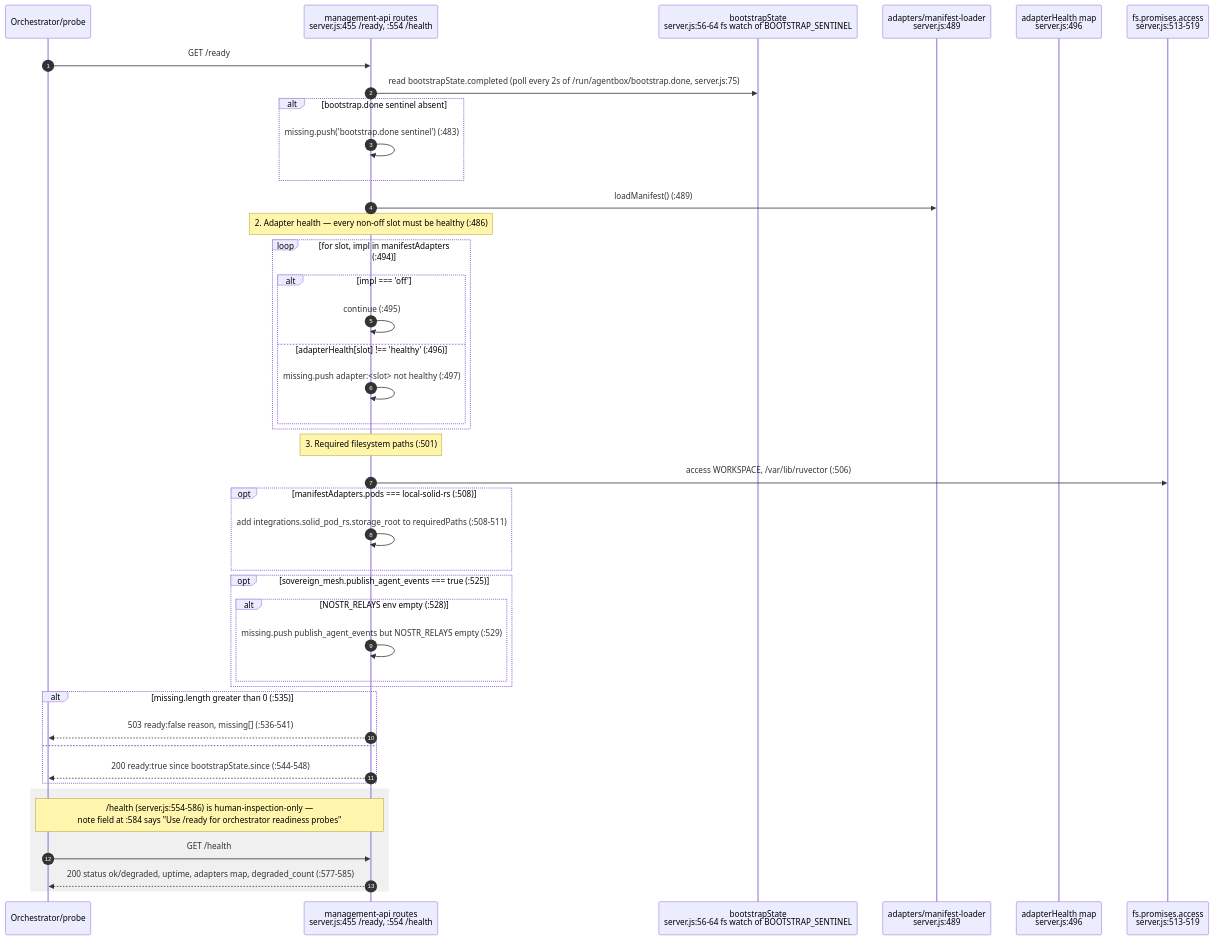
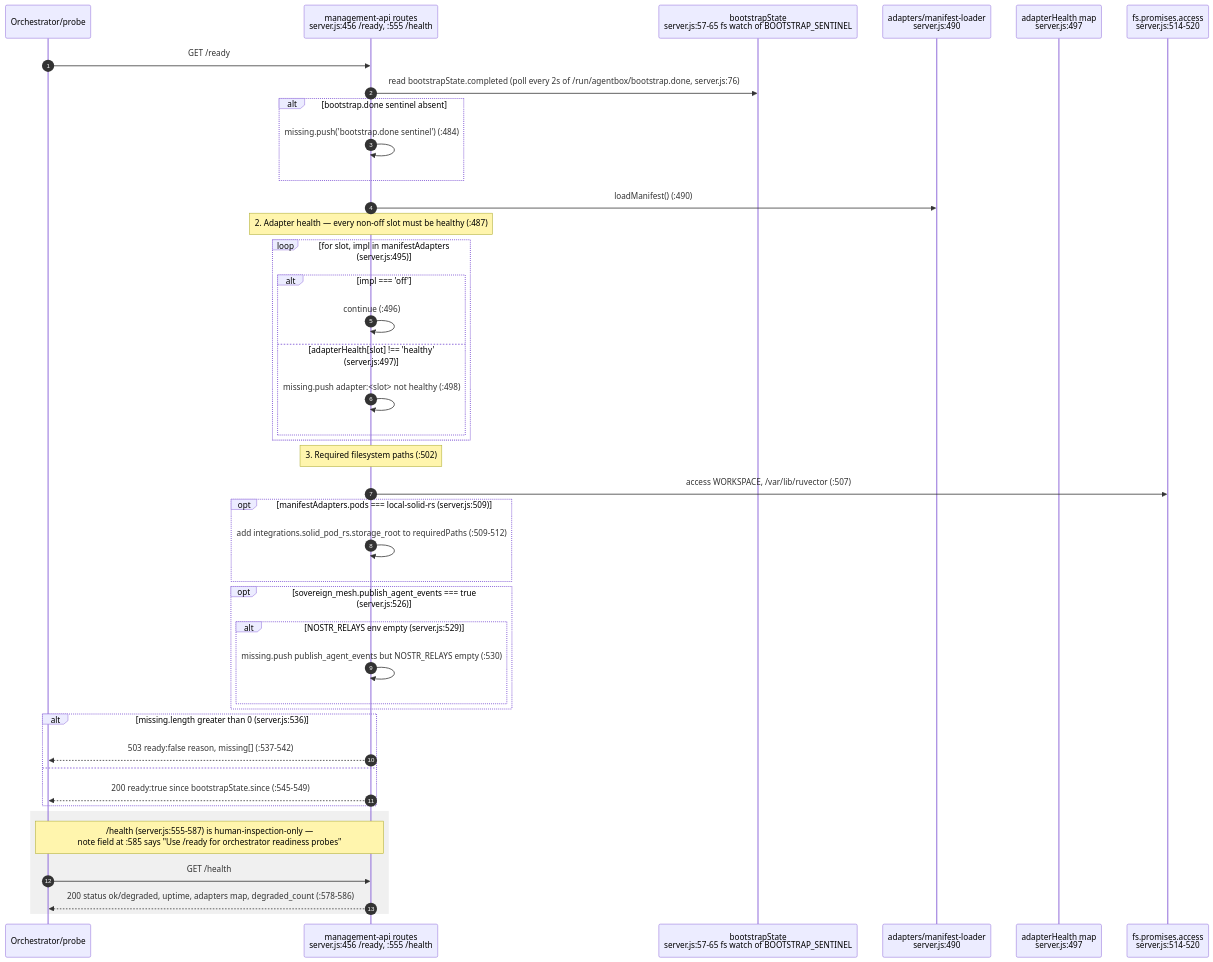
One commit to DreamLab-AI/VisionFlow changed the eighth of 20 diagrams in docs/diagrams/agentbox/02-boot-sequence-and-readiness.md. Above: the diagram before and after it, drawn with Mermaid. The commit also changed other lines of this file and 31 other files, not shown here.

````diff
--- a/docs/diagrams/agentbox/02-boot-sequence-and-readiness.md
+++ b/docs/diagrams/agentbox/02-boot-sequence-and-readiness.md
@@ -309,46 +308,46 @@
 ```mermaid
 sequenceDiagram
     autonumber
     participant O as Orchestrator/probe
-    participant R as management-api routes<br/>server.js:455 /ready, :554 /health
-    participant BS as bootstrapState<br/>server.js:56-64 fs watch of BOOTSTRAP_SENTINEL
-    participant ML as adapters/manifest-loader<br/>server.js:489
-    participant AH as adapterHealth map<br/>server.js:496
-    participant FS as fs.promises.access<br/>server.js:513-519
+    participant R as management-api routes<br/>server.js:456 /ready, :555 /health
+    participant BS as bootstrapState<br/>server.js:57-65 fs watch of BOOTSTRAP_SENTINEL
+    participant ML as adapters/manifest-loader<br/>server.js:490
+    participant AH as adapterHealth map<br/>server.js:497
+    participant FS as fs.promises.access<br/>server.js:514-520
 
     O->>R: GET /ready
-    R->>BS: read bootstrapState.completed (poll every 2s of /run/agentbox/bootstrap.done, server.js:75)
+    R->>BS: read bootstrapState.completed (poll every 2s of /run/agentbox/bootstrap.done, server.js:76)
     alt bootstrap.done sentinel absent
-        R->>R: missing.push('bootstrap.done sentinel') (:483)
+        R->>R: missing.push('bootstrap.done sentinel') (:484)
     end
-    R->>ML: loadManifest() (:489)
-    Note over R: 2. Adapter health — every non-off slot must be healthy (:486)
-    loop for slot, impl in manifestAdapters (:494)
+    R->>ML: loadManifest() (:490)
+    Note over R: 2. Adapter health — every non-off slot must be healthy (:487)
+    loop for slot, impl in manifestAdapters (server.js:495)
         alt impl === 'off'
-            R->>R: continue (:495)
-        else adapterHealth[slot] !== 'healthy' (:496)
-            R->>R: missing.push adapter:<slot> not healthy (:497)
+            R->>R: continue (:496)
+        else adapterHealth[slot] !== 'healthy' (server.js:497)
+            R->>R: missing.push adapter:<slot> not healthy (:498)
         end
     end
-    Note over R: 3. Required filesystem paths (:501)
-    R->>FS: access WORKSPACE, /var/lib/ruvector (:506)
-    opt manifestAdapters.pods === local-solid-rs (:508)
-        R->>R: add integrations.solid_pod_rs.storage_root to requiredPaths (:508-511)
+    Note over R: 3. Required filesystem paths (:502)
+    R->>FS: access WORKSPACE, /var/lib/ruvector (:507)
+    opt manifestAdapters.pods === local-solid-rs (server.js:509)
+        R->>R: add integrations.solid_pod_rs.storage_root to requiredPaths (:509-512)
     end
-    opt sovereign_mesh.publish_agent_events === true (:525)
-        alt NOSTR_RELAYS env empty (:528)
-            R->>R: missing.push publish_agent_events but NOSTR_RELAYS empty (:529)
+    opt sovereign_mesh.publish_agent_events === true (server.js:526)
+        alt NOSTR_RELAYS env empty (server.js:529)
+            R->>R: missing.push publish_agent_events but NOSTR_RELAYS empty (:530)
         end
     end
-    alt missing.length greater than 0 (:535)
-        R-->>O: 503 ready:false reason, missing[] (:536-541)
+    alt missing.length greater than 0 (server.js:536)
+        R-->>O: 503 ready:false reason, missing[] (:537-542)
     else
-        R-->>O: 200 ready:true since bootstrapState.since (:544-548)
+        R-->>O: 200 ready:true since bootstrapState.since (:545-549)
     end
 
     rect rgb(240,240,240)
-    Note over O,R: /health (server.js:554-586) is human-inspection-only —<br/>note field at :584 says "Use /ready for orchestrator readiness probes"
+    Note over O,R: /health (server.js:555-587) is human-inspection-only —<br/>note field at :585 says "Use /ready for orchestrator readiness probes"
     O->>R: GET /health
-    R-->>O: 200 status ok/degraded, uptime, adapters map, degraded_count (:577-585)
+    R-->>O: 200 status ok/degraded, uptime, adapters map, degraded_count (:578-586)
     end
 ```
````
